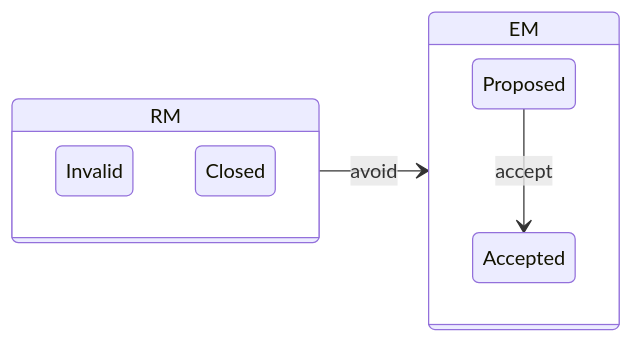
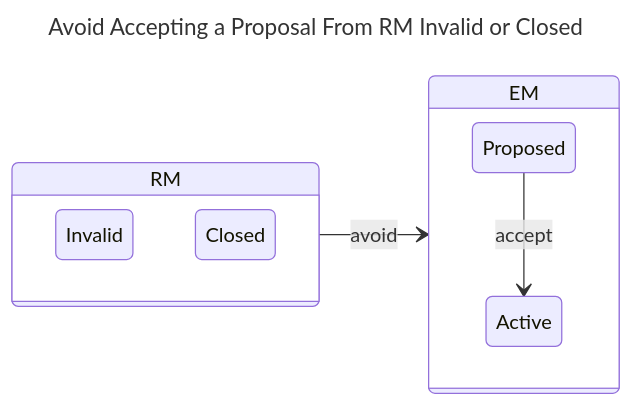
One commit to CERTCC/Vultron changed the eighth of 11 diagrams in docs/topics/process_models/model_interactions/rm_em.md. Above: the diagram before and after it, drawn with Mermaid. The commit also changed other lines of this file and 44 other files, not shown here.

````diff
--- a/docs/topics/process_models/model_interactions/rm_em.md
+++ b/docs/topics/process_models/model_interactions/rm_em.md
@@ -227,12 +242,15 @@
 ```mermaid
+---
+title: Avoid Accepting a Proposal From RM Invalid or Closed
+---
 stateDiagram-v2
     direction LR
     state RM {
         Invalid
         Closed
     }
     state EM {
-        Proposed --> Accepted : accept
+        Proposed --> Active : accept
     }
     RM --> EM : avoid
 ```
````
